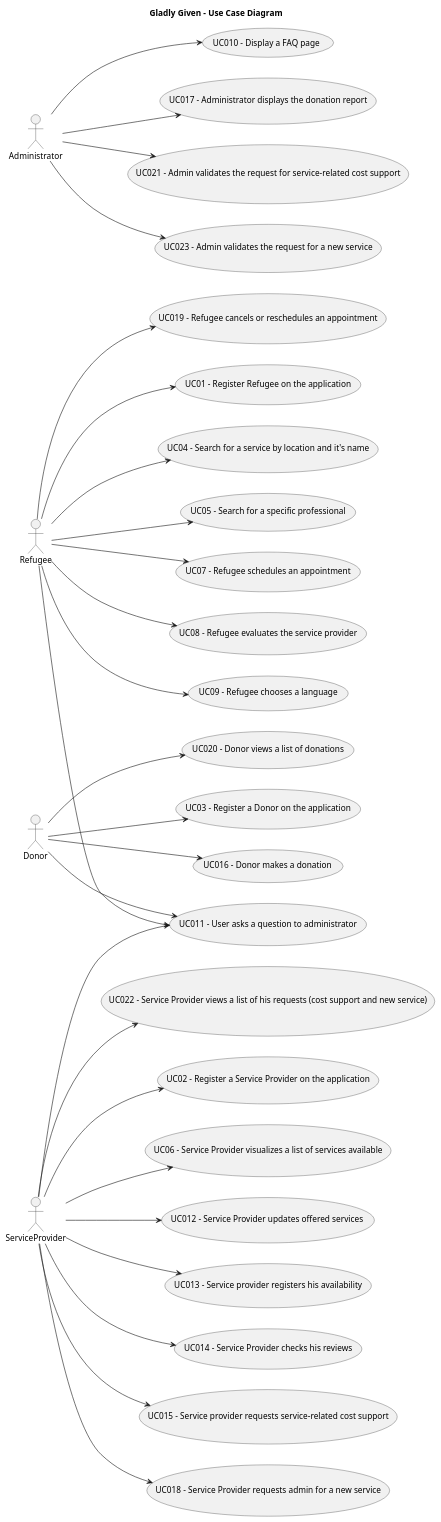
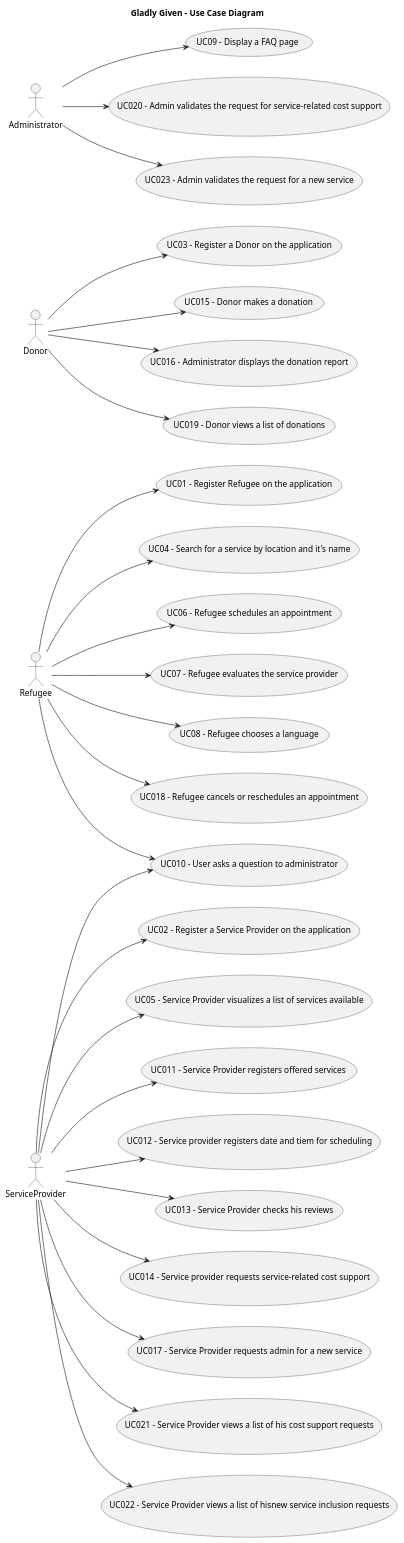
One commit to Chirano/GladlyGiven changed the diagram in javaSprint2GladlyGiven/Docs/Use Case Diagram.puml. Above: the diagram before and after it, drawn with PlantUML. The commit also changed 4 other files, not shown here.

Commit message:
Updated use case diagram

```diff
--- a/javaSprint2GladlyGiven/Docs/Use Case Diagram.puml
+++ b/javaSprint2GladlyGiven/Docs/Use Case Diagram.puml
@@ -1,65 +1,64 @@
 @startuml
 'https://plantuml.com/use-case-diagram
 
 left to right direction
 'top to bottom direction
 title Gladly Given - Use Case Diagram
 
 actor "Refugee" as Ref
 actor "Donor" as Don
 actor "ServiceProvider" as Pro
 actor "Administrator" as Adm
 
 usecase "UC01 - Register Refugee on the application" as UC01
 usecase "UC02 - Register a Service Provider on the application" as UC02
 usecase "UC03 - Register a Donor on the application" as UC03
 usecase "UC04 - Search for a service by location and it's name" as UC04
-usecase "UC05 - Search for a specific professional" as UC05
-usecase "UC06 - Service Provider visualizes a list of services available" as UC06
-usecase "UC07 - Refugee schedules an appointment" as UC07
-usecase "UC08 - Refugee evaluates the service provider" as UC08
-usecase "UC09 - Refugee chooses a language" as UC09
-usecase "UC010 - Display a FAQ page" as UC010
-usecase "UC011 - User asks a question to administrator" as UC011
-usecase "UC012 - Service Provider updates offered services " as UC012
-usecase "UC013 - Service provider registers his availability" as UC013
-usecase "UC014 - Service Provider checks his reviews" as UC014
-usecase "UC015 - Service provider requests service-related cost support" as UC015
-usecase "UC016 - Donor makes a donation" as UC016
-usecase "UC017 - Administrator displays the donation report" as UC017
-usecase "UC018 - Service Provider requests admin for a new service" as UC018
-usecase "UC019 - Refugee cancels or reschedules an appointment" as UC019
-usecase "UC020 - Donor views a list of donations" as UC020
-usecase "UC021 - Admin validates the request for service-related cost support" as UC021
-usecase "UC022 - Service Provider views a list of his requests (cost support and new service)" as UC022
+usecase "UC05 - Service Provider visualizes a list of services available" as UC05
+usecase "UC06 - Refugee schedules an appointment" as UC06
+usecase "UC07 - Refugee evaluates the service provider" as UC07
+usecase "UC08 - Refugee chooses a language" as UC08
+usecase "UC09 - Display a FAQ page" as UC09
+usecase "UC010 - User asks a question to administrator" as UC010
+usecase "UC011 - Service Provider registers offered services " as UC011
+usecase "UC012 - Service provider registers date and tiem for scheduling" as UC012
+usecase "UC013 - Service Provider checks his reviews" as UC013
+usecase "UC014 - Service provider requests service-related cost support" as UC014
+usecase "UC015 - Donor makes a donation" as UC015
+usecase "UC016 - Administrator displays the donation report" as UC016
+usecase "UC017 - Service Provider requests admin for a new service" as UC017
+usecase "UC018 - Refugee cancels or reschedules an appointment" as UC018
+usecase "UC019 - Donor views a list of donations" as UC019
+usecase "UC020 - Admin validates the request for service-related cost support" as UC020
+usecase "UC021 - Service Provider views a list of his cost support requests" as UC021
+usecase "UC022 - Service Provider views a list of hisnew service inclusion requests" as UC022
 usecase "UC023 - Admin validates the request for a new service" as UC023
 
 
 
 Ref -down-> UC01
 Pro -down-> UC02
 Don -down-> UC03
 Ref -down-> UC04
-Ref -down-> UC05
-Pro -down-> UC06
+Pro -down-> UC05
+Ref -down-> UC06
 Ref -down-> UC07
 Ref -down-> UC08
-Ref -down-> UC09
-Adm -down-> UC010
-Don -down-> UC011
+Adm -down-> UC09
+Ref -down-> UC010
+Pro -down-> UC010
 Pro -down-> UC011
-Ref -down-> UC011
 Pro -down-> UC012
 Pro -down-> UC013
 Pro -down-> UC014
-Pro -down-> UC015
+Don -down-> UC015
 Don -down-> UC016
-Adm -down-> UC017
-Pro -down-> UC018
-Ref -down-> UC019
-Don -down-> UC020
-Adm -down-> UC021
+Pro -down-> UC017
+Ref -down-> UC018
+Don -down-> UC019
+Adm -down-> UC020
+Pro -down-> UC021
 Pro -down-> UC022
 Adm -down-> UC023
 
 @enduml
```
